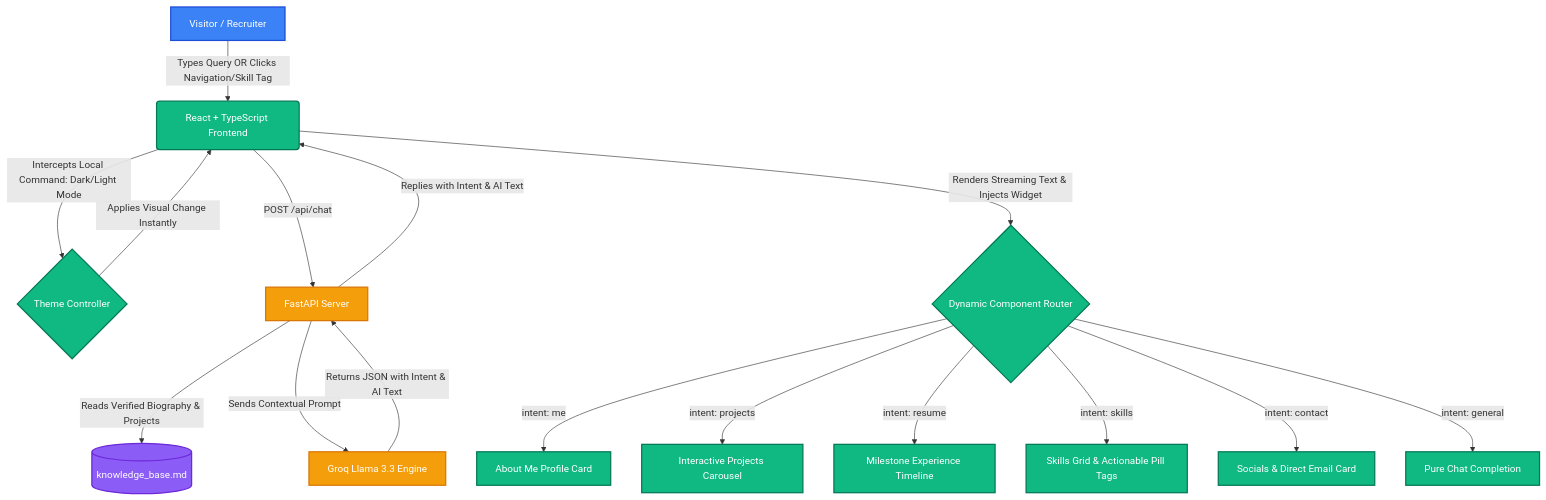
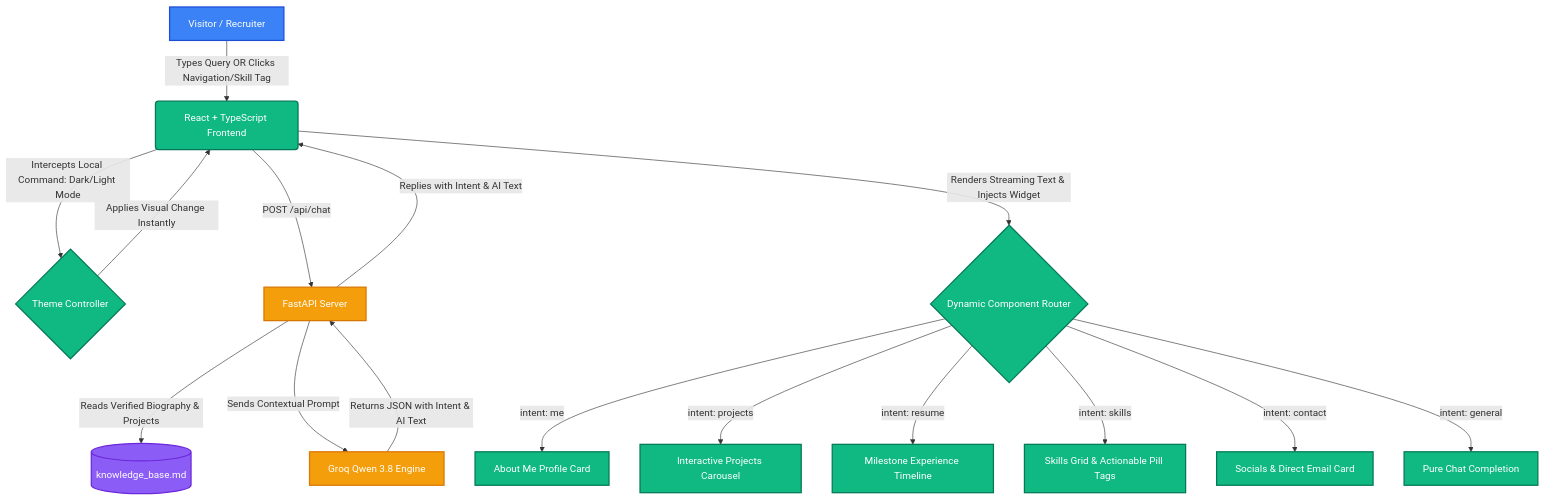
The diagram in README.md (Udx3012/portfolio-main), drawn with Mermaid before and after one commit. The commit also changed other lines of this file, not shown here.

````diff
--- a/README.md
+++ b/README.md
@@ -28,33 +28,33 @@
 ```mermaid
 graph TD
     %% Styling definitions
     classDef visitor fill:#3b82f6,stroke:#1d4ed8,stroke-width:2px,color:#fff;
     classDef client fill:#10b981,stroke:#047857,stroke-width:2px,color:#fff;
     classDef server fill:#f59e0b,stroke:#d97706,stroke-width:2px,color:#fff;
     classDef data fill:#8b5cf6,stroke:#6d28d9,stroke-width:2px,color:#fff;
 
     %% Nodes
     A[Visitor / Recruiter]:::visitor -->|Types Query OR Clicks Navigation/Skill Tag| B(React + TypeScript Frontend):::client
     
     %% Local Interceptor
     B -->|Intercepts Local Command: Dark/Light Mode| B1{Theme Controller}:::client
     B1 -->|Applies Visual Change Instantly| B
     
     %% Server Request
     B -->|POST /api/chat| C[FastAPI Server]:::server
     C -->|Reads Verified Biography & Projects| D[(knowledge_base.md)]:::data
-    C -->|Sends Contextual Prompt| E[Groq Llama 3.3 Engine]:::server
+    C -->|Sends Contextual Prompt| E[Groq Qwen 3.8 Engine]:::server
     E -->|Returns JSON with Intent & AI Text| C
     
     %% Processing and Dispatching
     C -->|Replies with Intent & AI Text| B
     B -->|Renders Streaming Text & Injects Widget| F{Dynamic Component Router}:::client
     
     %% Intent Options
     F -->|intent: me| G[About Me Profile Card]:::client
     F -->|intent: projects| H[Interactive Projects Carousel]:::client
     F -->|intent: resume| I[Milestone Experience Timeline]:::client
     F -->|intent: skills| J[Skills Grid & Actionable Pill Tags]:::client
     F -->|intent: contact| K[Socials & Direct Email Card]:::client
     F -->|intent: general| L[Pure Chat Completion]:::client
 ```
````
